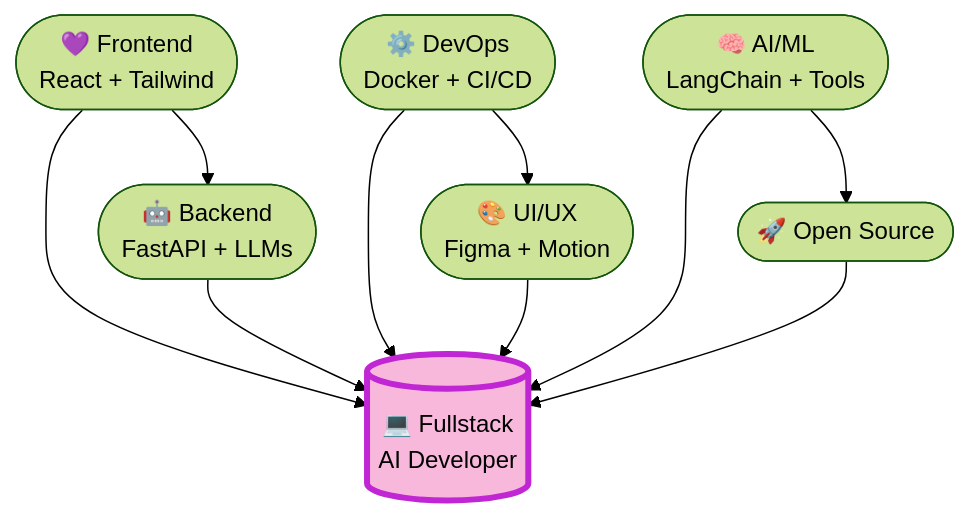
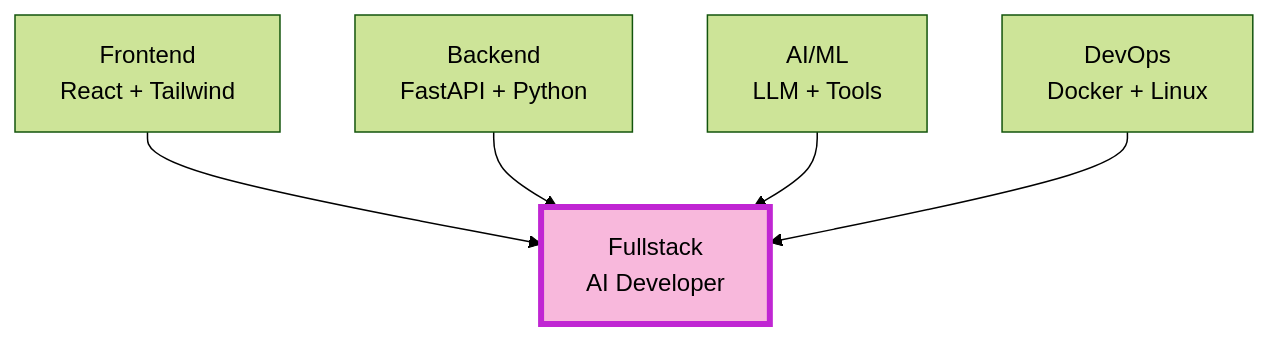
One commit to Mail20060Zma/Mail20060zma changed the diagram in README.md. Above: the diagram before and after it, drawn with Mermaid (forest theme). The commit also changed other lines of this file, not shown here.

````diff
--- a/README.md
+++ b/README.md
@@ -14,15 +14,9 @@
 ```mermaid
 graph TB
-    A([💜 Frontend<br/>React + Tailwind]) --> B([🤖 Backend<br/>FastAPI + LLMs])
-    C([⚙️ DevOps<br/>Docker + CI/CD]) --> D([🎨 UI/UX<br/>Figma + Motion])
-    E([🧠 AI/ML<br/>LangChain + Tools]) --> F([🚀 Open Source])
+    A[Frontend<br/>React + Tailwind] --> B[Fullstack<br/>AI Developer]
+    C[Backend<br/>FastAPI + Python] --> B
+    D[AI/ML<br/>LLM + Tools] --> B
+    E[DevOps<br/>Docker + Linux] --> B
     
-    A --> G[(💻 Fullstack<br/>AI Developer)]
-    B --> G
-    C --> G
-    D --> G
-    E --> G
-    F --> G
-    
-    style G fill:#F8B8DC,stroke:#C026D3,stroke-width:4px
+    style B fill:#F8B8DC,stroke:#C026D3,stroke-width:4px
 ```
````
